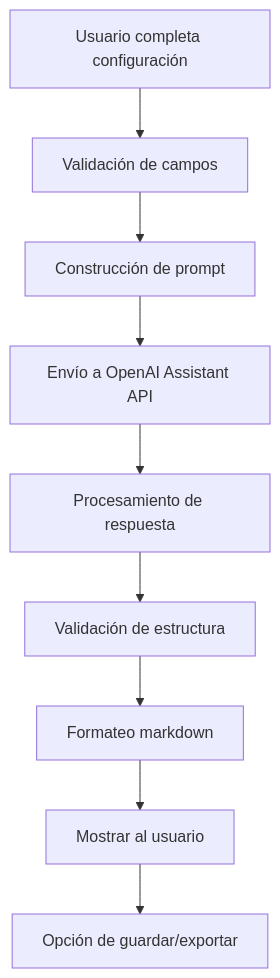
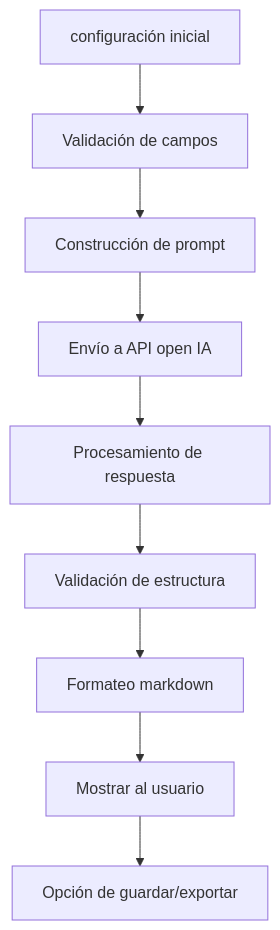
Before and after one commit to Curriaga2002/tutor-agente-ia: the third of 6 diagrams in README.md, drawn with Mermaid. The commit also changed other lines of this file, not shown here.

````diff
--- a/README.md
+++ b/README.md
@@ -128,11 +128,11 @@
 ```mermaid
 flowchart TD
-    A[Usuario completa configuración] --> B[Validación de campos]
+    A[configuración inicial] --> B[Validación de campos]
     B --> C[Construcción de prompt]
-    C --> D[Envío a OpenAI Assistant API]
+    C --> D[Envío a API open IA]
     D --> E[Procesamiento de respuesta]
     E --> F[Validación de estructura]
     F --> G[Formateo markdown]
     G --> H[Mostrar al usuario]
     H --> I[Opción de guardar/exportar]
 ```
````
